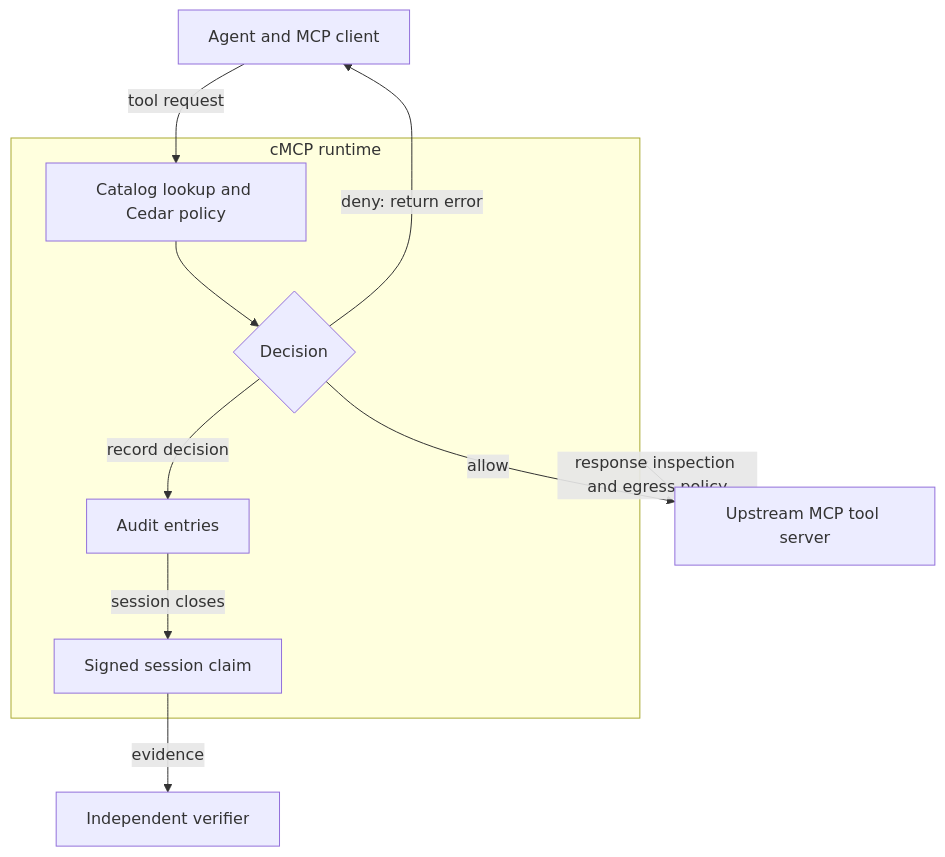
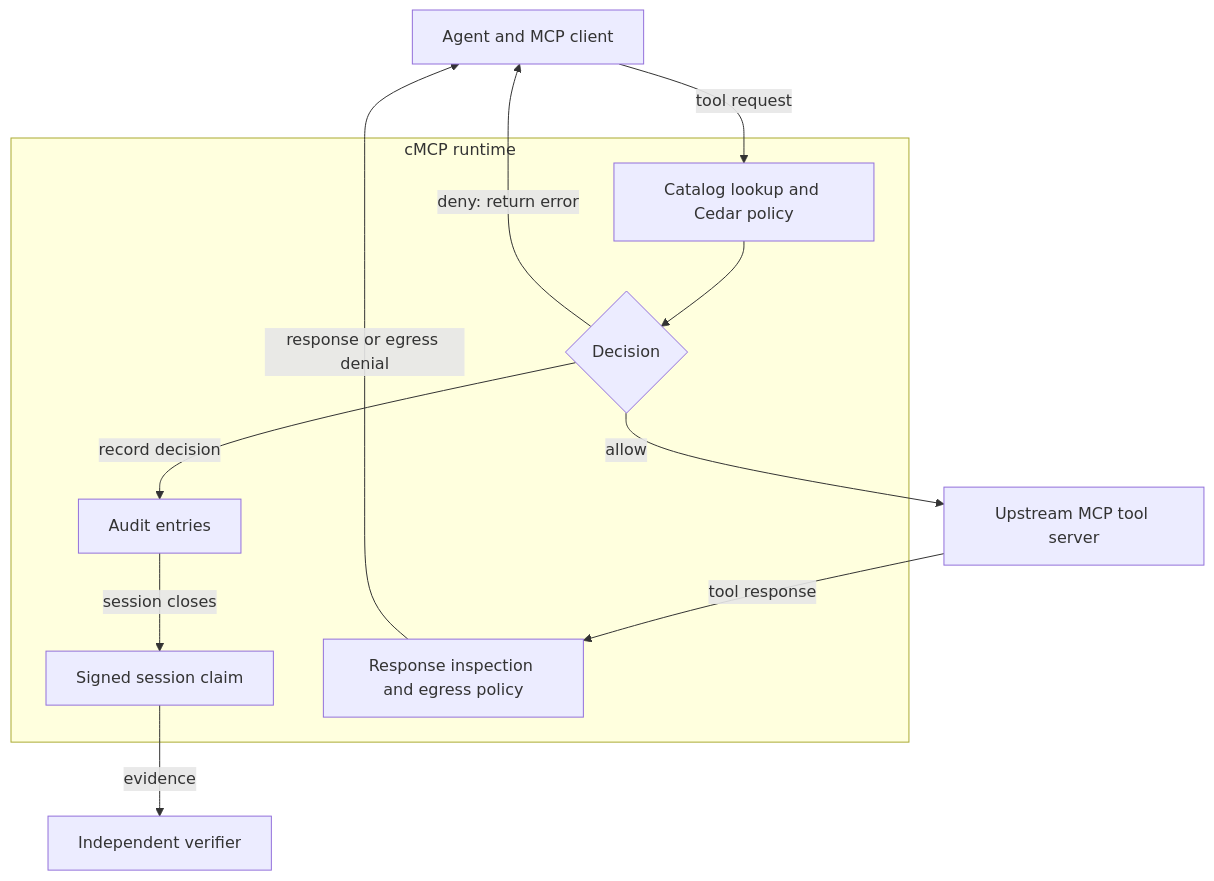
Before and after one commit to agentrust-io/cmcp: the diagram in docs/concepts.md, drawn with Mermaid.

Commit message:
docs: show the response path inside the runtime boundary

````diff
--- a/docs/concepts.md
+++ b/docs/concepts.md
@@ -14,18 +14,20 @@
 ```mermaid
 flowchart TB
     agent[Agent and MCP client]
     subgraph runtime[cMCP runtime]
         policy[Catalog lookup and Cedar policy]
         decision{Decision}
         audit[Audit entries]
         claim[Signed session claim]
+        response[Response inspection and egress policy]
         policy --> decision
         decision -->|record decision| audit
         audit -->|session closes| claim
     end
     agent -->|tool request| policy
     decision -->|allow| tool[Upstream MCP tool server]
     decision -->|deny: return error| agent
-    tool -->|response inspection and egress policy| runtime
+    tool -->|tool response| response
+    response -->|response or egress denial| agent
     claim -->|evidence| verifier[Independent verifier]
 ```
````
